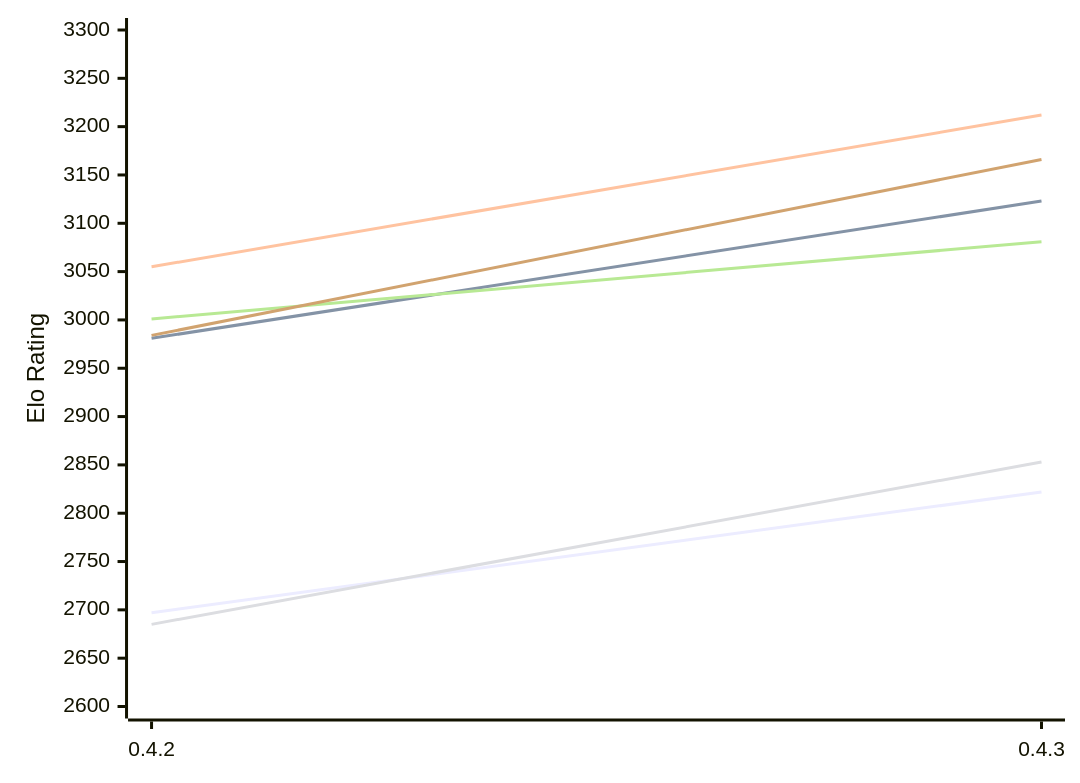
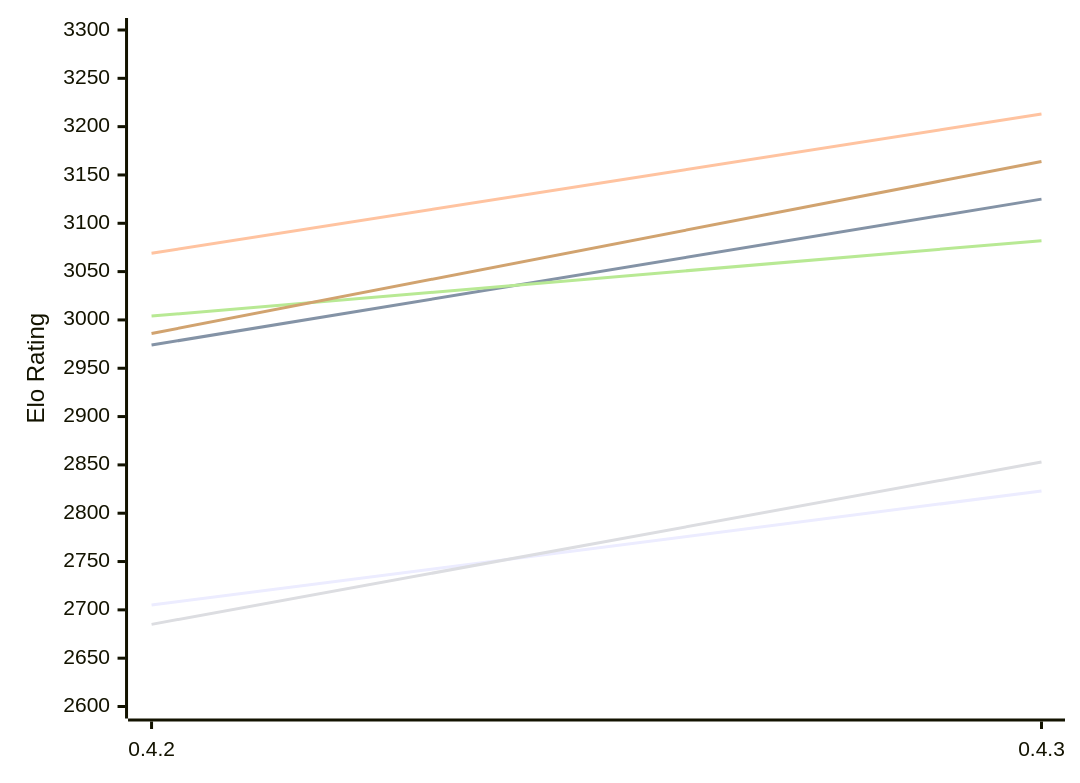
One commit to computer-chess-index/cci changed the first of 2 diagrams in engines/Dual.md. Above: the diagram before and after it, drawn with Mermaid. The commit also changed other lines of this file, not shown here.

Commit message:
Update CCI Ratings (ELO VLTC) - 2026-11-27

````diff
--- a/engines/Dual.md
+++ b/engines/Dual.md
@@ -56,12 +56,12 @@
 ```mermaid
 %%{init: {"theme":"base","themeVariables":{"seriesColors:['#a3a3a3','#222221','#faa371']}}}%%
 xychart-beta
   x-axis ["0.4.2", "0.4.3"]
   y-axis "Elo Rating" 2600 --> 3300
-  line "E1: STC (8.0+0.08s)" [2697, 2822]
-  line "E1: LTC (60.0+0.60s)" [2981, 3123]
-  line "E1: VLTC (2m24s+1.12s)" [3055, 3212]
+  line "E1: STC (8.0+0.08s)" [2705, 2823]
+  line "E1: LTC (60.0+0.60s)" [2974, 3125]
+  line "E1: VLTC (2m24s+1.12s)" [3069, 3213]
   line "P1: STC (8.0+0.08s)" [2685, 2853]
-  line "P1: LTC (60.0+0.60s)" [3001, 3081]
-  line "P1: VLTC (2m24s+1.12s)" [2984, 3166]
+  line "P1: LTC (60.0+0.60s)" [3004, 3082]
+  line "P1: VLTC (2m24s+1.12s)" [2986, 3164]
 ```
````
